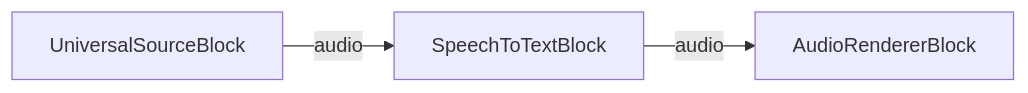
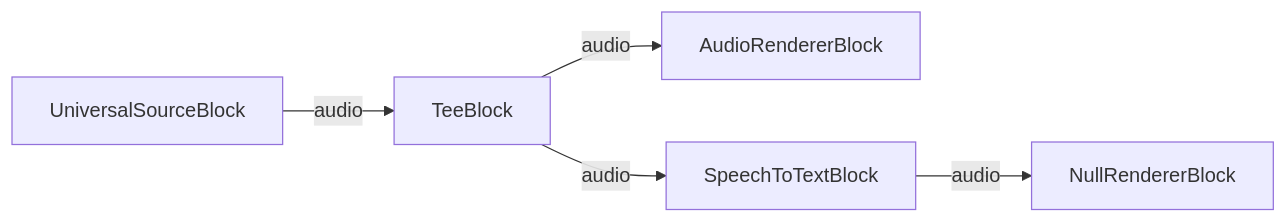
Before and after one commit to visioforge/.Net-SDK-s-samples: the diagram in Media Blocks SDK/MAUI/Live Subtitles MB/readme.md, drawn with Mermaid. The commit also changed other lines of this file and 2039 other files, not shown here.

````diff
--- a/Media Blocks SDK/MAUI/Live Subtitles MB/readme.md
+++ b/Media Blocks SDK/MAUI/Live Subtitles MB/readme.md
@@ -101,5 +119,7 @@
 ```mermaid
 graph LR
-    UniversalSourceBlock -- audio --> SpeechToTextBlock
-    SpeechToTextBlock -- audio --> AudioRendererBlock
+    UniversalSourceBlock -- audio --> TeeBlock
+    TeeBlock -- audio --> AudioRendererBlock
+    TeeBlock -- audio --> SpeechToTextBlock
+    SpeechToTextBlock -- audio --> NullRendererBlock
 ```
````
